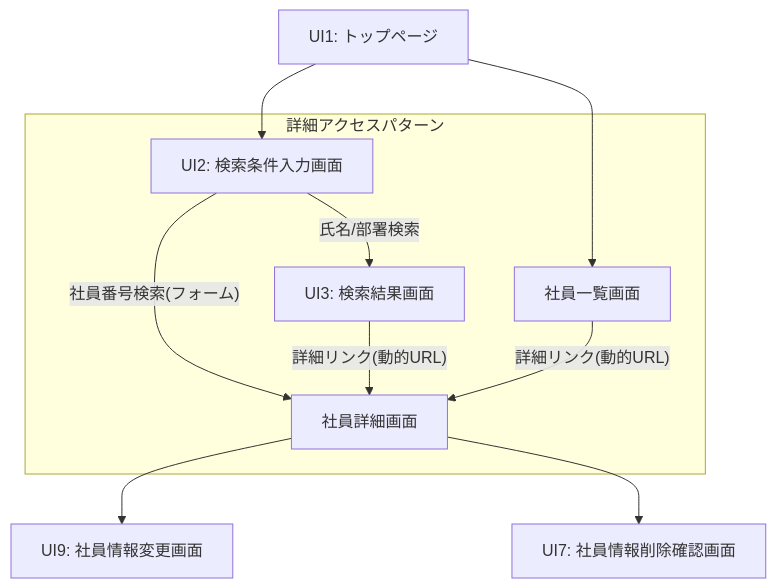
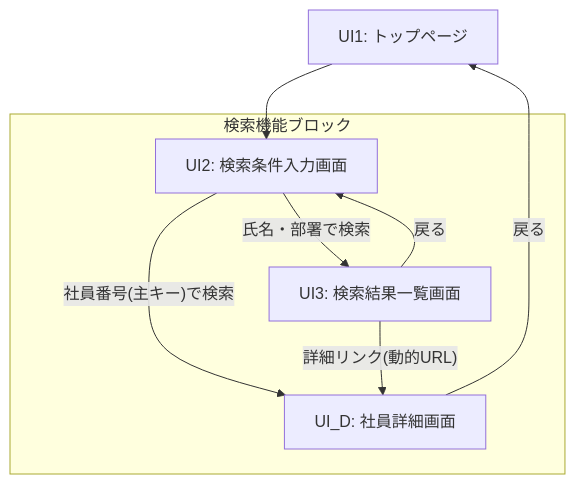
The third of 4 diagrams in EIMS_Comprehensive_Exercise_Guide.md (juyeongjung1/NewEIMS), drawn with Mermaid before and after one commit. The commit also changed other lines of this file, not shown here.

````diff
--- a/EIMS_Comprehensive_Exercise_Guide.md
+++ b/EIMS_Comprehensive_Exercise_Guide.md
@@ -119,16 +114,13 @@
 ```mermaid
 flowchart TD
     UI1[UI1: トップページ] --> UI2[UI2: 検索条件入力画面]
-    UI1 --> UI_L[社員一覧画面]
     
-    subgraph 詳細アクセスパターン
-        UI2 -- "社員番号検索(フォーム)" --> UI_D[社員詳細画面]
-        UI_L -- "詳細リンク(動的URL)" --> UI_D
-        UI3[UI3: 検索結果画面] -- "詳細リンク(動的URL)" --> UI_D
+    subgraph 検索機能ブロック
+        UI2 -- "社員番号(主キー)で検索" --> UI_D[UI_D: 社員詳細画面]
+        UI2 -- "氏名・部署で検索" --> UI3[UI3: 検索結果一覧画面]
+        UI3 -- "詳細リンク(動的URL)" --> UI_D
     end
     
-    UI2 -- "氏名/部署検索" --> UI3
-    
-    UI_D --> UI9[UI9: 社員情報変更画面]
-    UI_D --> UI7[UI7: 社員情報削除確認画面]
+    UI_D -->|戻る| UI1
+    UI3 -->|戻る| UI2
 ```
````
